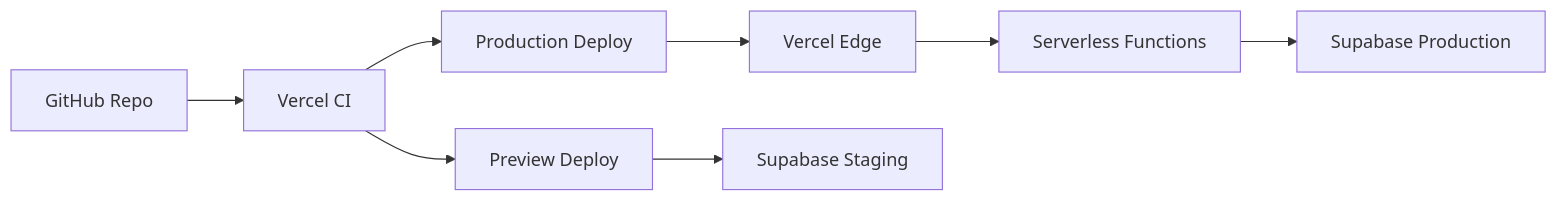
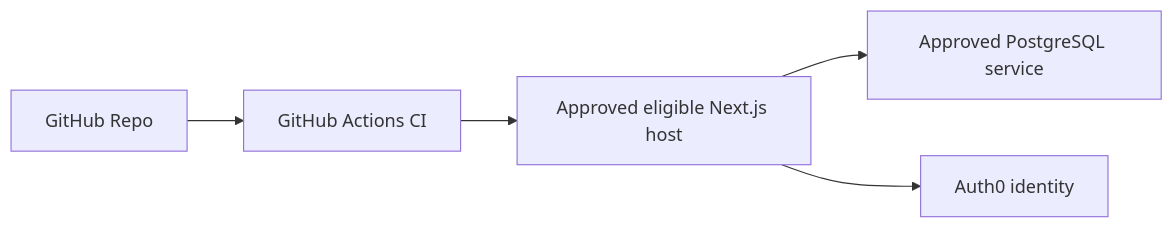
The sixth of 6 diagrams in docs/04_SYSTEM_ARCHITECTURE.md (TheOneWith-3j/sports-community-app), drawn with Mermaid before and after one commit. The commit also changed other lines of this file and 38 other files, not shown here.

````diff
--- a/docs/04_SYSTEM_ARCHITECTURE.md
+++ b/docs/04_SYSTEM_ARCHITECTURE.md
@@ -432,10 +433,7 @@
 ```mermaid
 flowchart LR
-  Git[GitHub Repo] --> VercelCI[Vercel CI]
-  VercelCI --> Preview[Preview Deploy]
-  VercelCI --> Prod[Production Deploy]
-  Prod --> EdgeNetwork[Vercel Edge]
-  EdgeNetwork --> Serverless[Serverless Functions]
-  Serverless --> SupabaseProd[Supabase Production]
-  Preview --> SupabaseStaging[Supabase Staging]
+  Git[GitHub Repo] --> Actions[GitHub Actions CI]
+  Actions --> Host[Approved eligible Next.js host]
+  Host --> DB[Approved PostgreSQL service]
+  Host --> Auth0[Auth0 identity]
 ```
````
